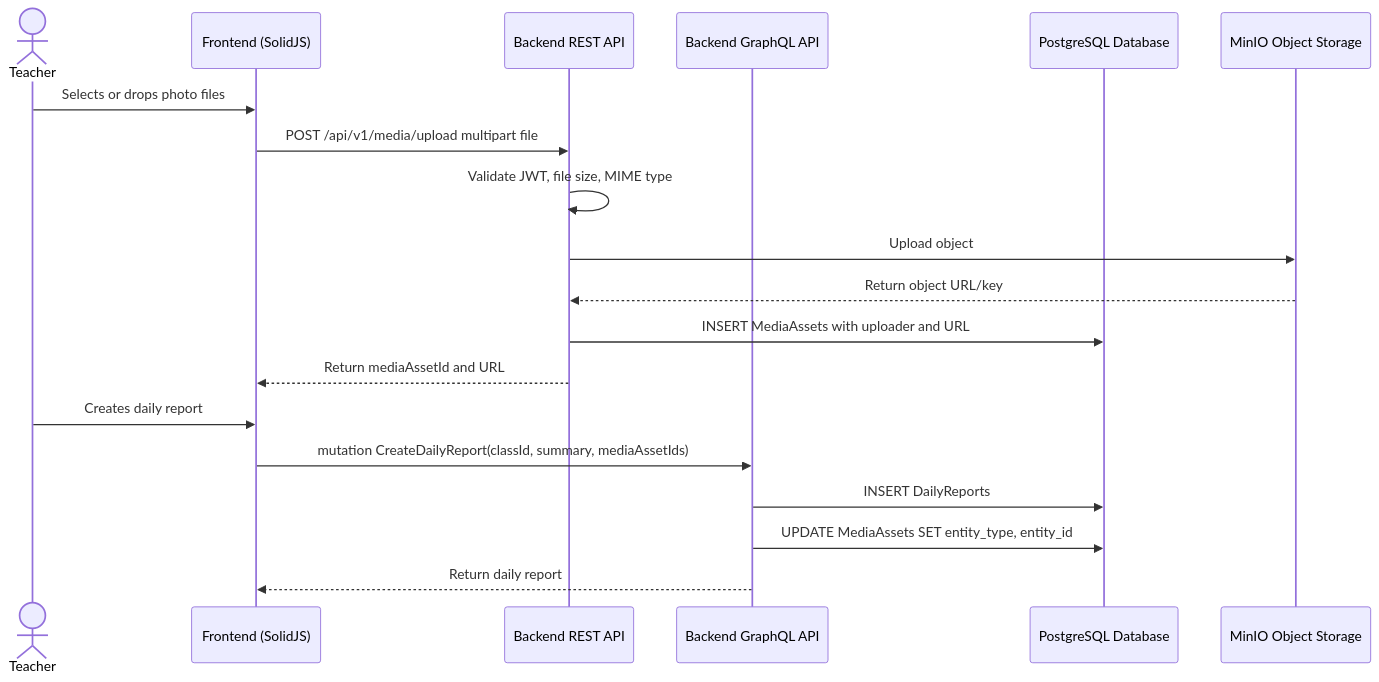
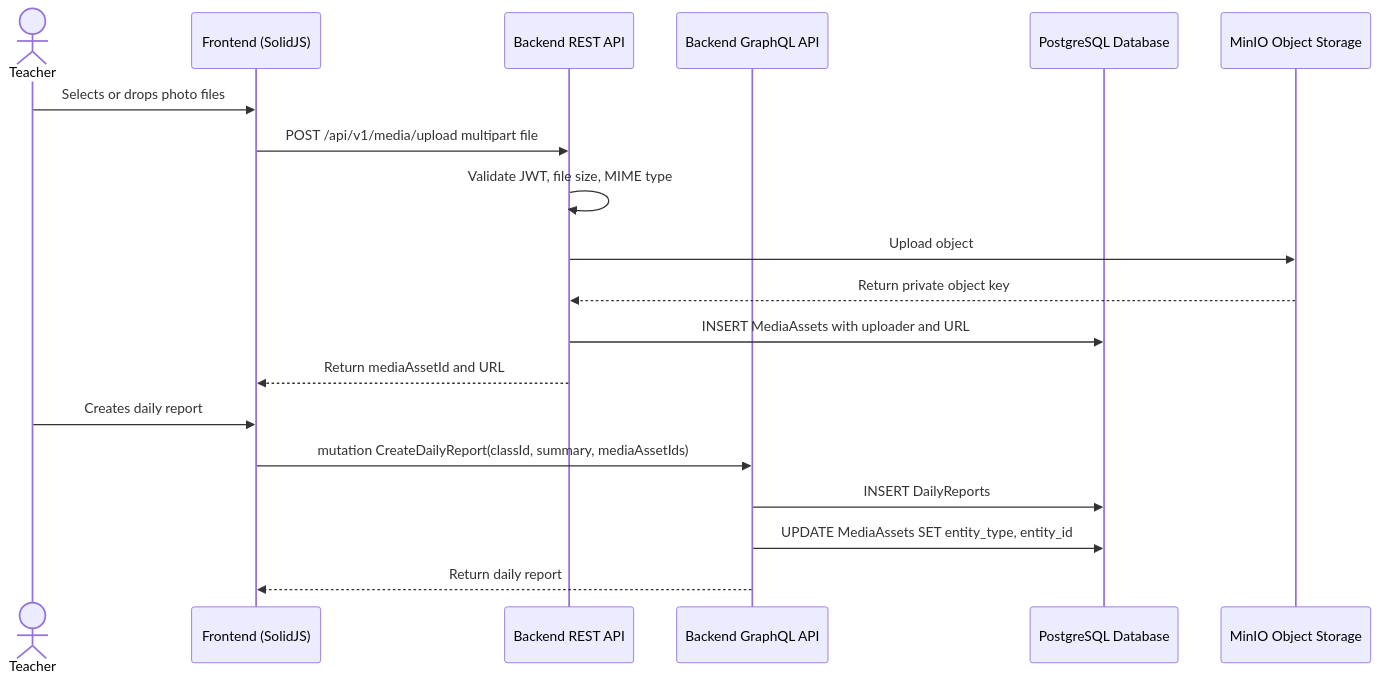
One commit to iftikharfadjar/docs-kindergarten-mgt changed the diagram in docs/workflow/media-upload-and-minio.md. Above: the diagram before and after it, drawn with Mermaid. The commit also changed other lines of this file and 34 other files, not shown here.

````diff
--- a/docs/workflow/media-upload-and-minio.md
+++ b/docs/workflow/media-upload-and-minio.md
@@ -30,23 +30,23 @@
 ```mermaid
 sequenceDiagram
     actor Teacher
     participant Frontend as Frontend (SolidJS)
     participant REST as Backend REST API
     participant GQL as Backend GraphQL API
     participant DB as PostgreSQL Database
     participant MinIO as MinIO Object Storage
 
     Teacher->>Frontend: Selects or drops photo files
     Frontend->>REST: POST /api/v1/media/upload multipart file
     REST->>REST: Validate JWT, file size, MIME type
     REST->>MinIO: Upload object
-    MinIO-->>REST: Return object URL/key
+    MinIO-->>REST: Return private object key
     REST->>DB: INSERT MediaAssets with uploader and URL
     REST-->>Frontend: Return mediaAssetId and URL
 
     Teacher->>Frontend: Creates daily report
     Frontend->>GQL: mutation CreateDailyReport(classId, summary, mediaAssetIds)
     GQL->>DB: INSERT DailyReports
     GQL->>DB: UPDATE MediaAssets SET entity_type, entity_id
     GQL-->>Frontend: Return daily report
 ```
````
